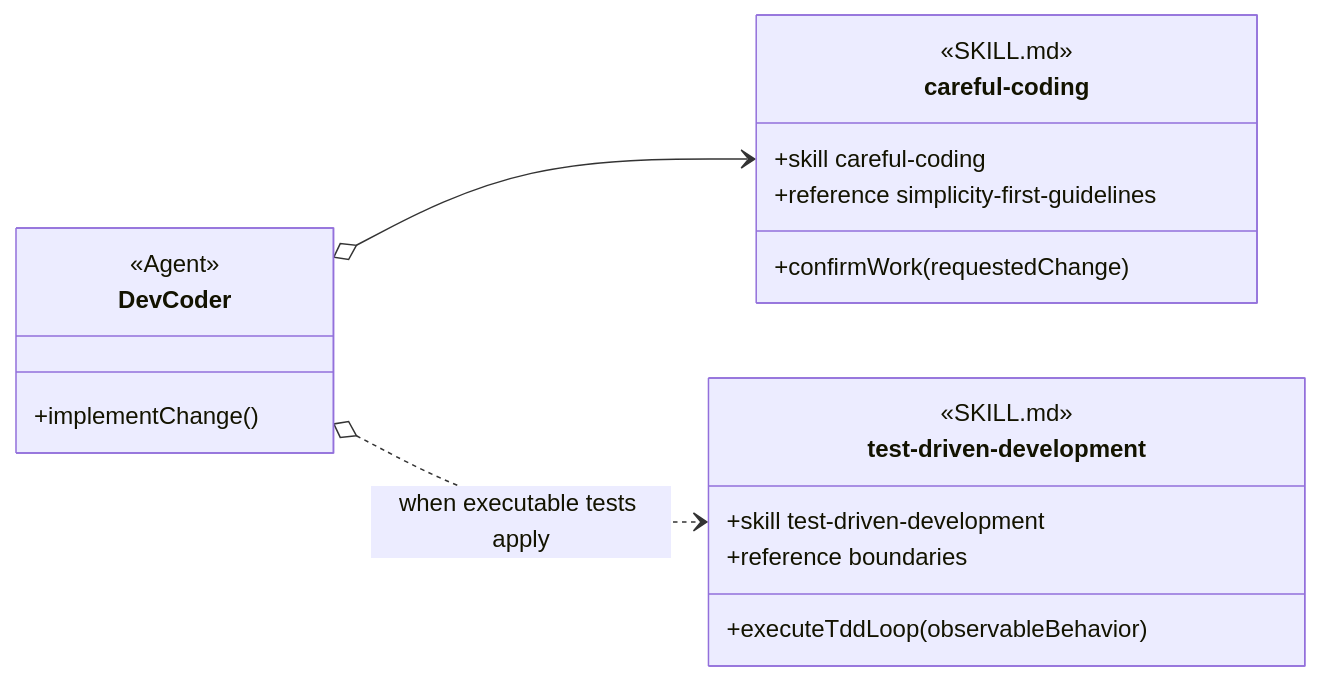
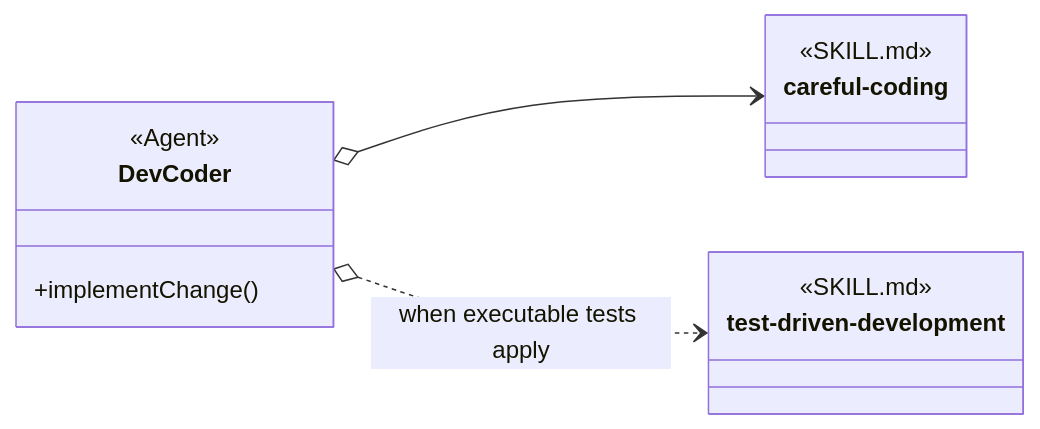
Before and after one commit to martinbechard/dev-methodology: the second of 11 diagrams in design/object-oriented-agent-and-skill-model.md, drawn with Mermaid. The commit also changed other lines of this file and 2 other files, not shown here.

Commit message:
Clarify whole-skill and work-item DII notation

````diff
--- a/design/object-oriented-agent-and-skill-model.md
+++ b/design/object-oriented-agent-and-skill-model.md
@@ -172,28 +177,22 @@
 ```mermaid
 classDiagram
     direction LR
 
     class DevCoder {
         <<Agent>>
         +implementChange()
     }
 
     class careful-coding {
         <<SKILL.md>>
         <<Agent Skill>>
-        +skill careful-coding
-        +confirmWork(requestedChange)
-        +reference simplicity-first-guidelines
     }
 
     class test-driven-development {
         <<SKILL.md>>
         <<Agent Skill>>
-        +skill test-driven-development
-        +executeTddLoop(observableBehavior)
-        +reference boundaries
     }
 
     DevCoder o--> careful-coding
     DevCoder o..> test-driven-development : when executable tests apply
 ```
````
